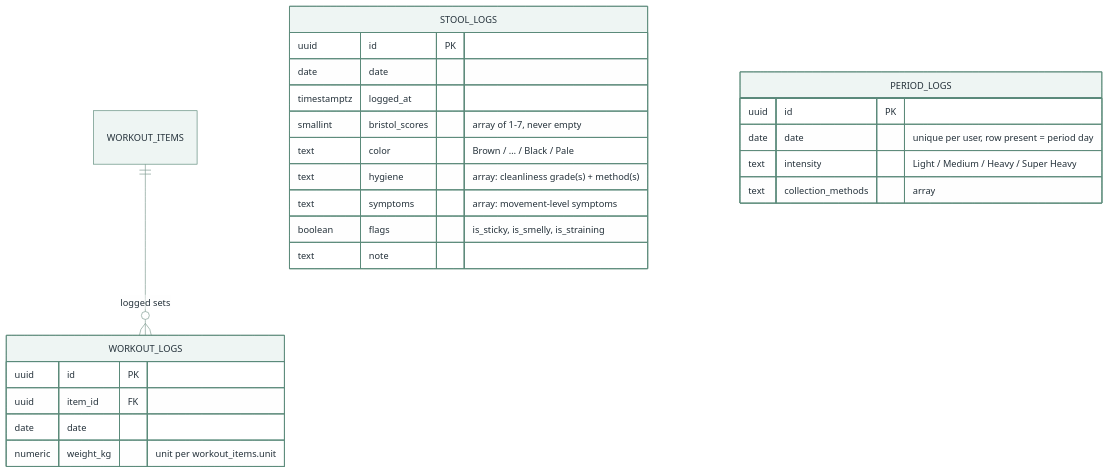
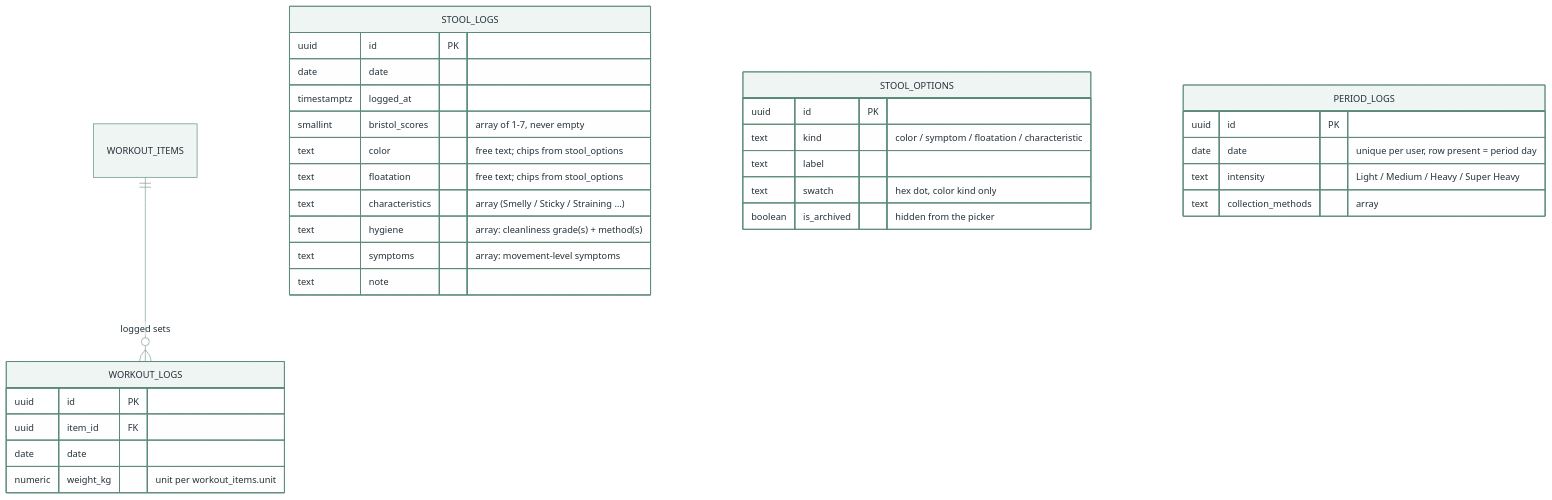
Before and after one commit to xxvazquez/health-management: the second of 6 diagrams in docs/data-model.md, drawn with Mermaid. The commit also changed other lines of this file and 16 other files, not shown here.

````diff
--- a/docs/data-model.md
+++ b/docs/data-model.md
@@ -104,33 +104,41 @@
 ```mermaid
 %%{init: {"theme": "base", "themeVariables": {
   "primaryColor": "#eef5f3", "primaryBorderColor": "#5c8a7a",
   "primaryTextColor": "#24313a", "lineColor": "#7d9a90",
   "fontFamily": "Inter, -apple-system, sans-serif", "fontSize": "14px"
 }}}%%
 erDiagram
     WORKOUT_ITEMS ||--o{ WORKOUT_LOGS : "logged sets"
 
     STOOL_LOGS {
         uuid        id PK
         date        date
         timestamptz logged_at
         smallint    bristol_scores "array of 1-7, never empty"
-        text        color "Brown / … / Black / Pale"
+        text        color "free text; chips from stool_options"
+        text        floatation "free text; chips from stool_options"
+        text        characteristics "array (Smelly / Sticky / Straining …)"
         text        hygiene "array: cleanliness grade(s) + method(s)"
         text        symptoms "array: movement-level symptoms"
-        boolean     flags "is_sticky, is_smelly, is_straining"
         text        note
+    }
+    STOOL_OPTIONS {
+        uuid    id PK
+        text    kind "color / symptom / floatation / characteristic"
+        text    label
+        text    swatch "hex dot, color kind only"
+        boolean is_archived "hidden from the picker"
     }
     WORKOUT_LOGS {
         uuid    id PK
         uuid    item_id FK
         date    date
         numeric weight_kg "unit per workout_items.unit"
     }
     PERIOD_LOGS {
         uuid id PK
         date date "unique per user, row present = period day"
         text intensity "Light / Medium / Heavy / Super Heavy"
         text collection_methods "array"
     }
 ```
````
